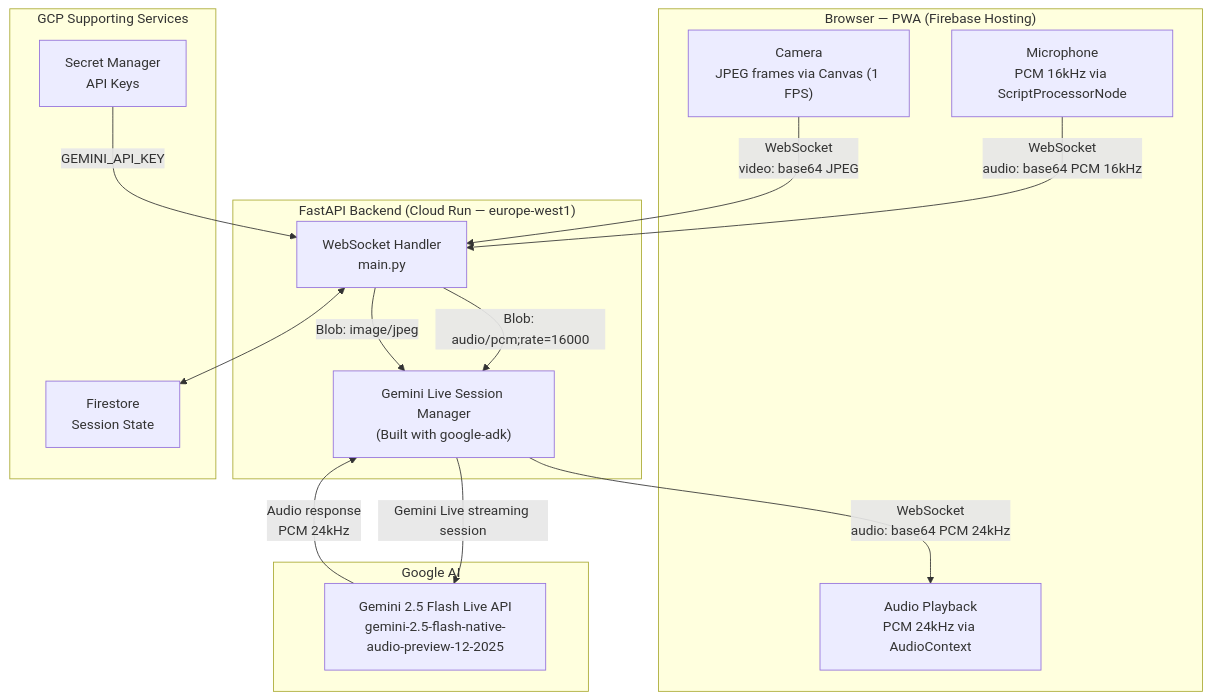
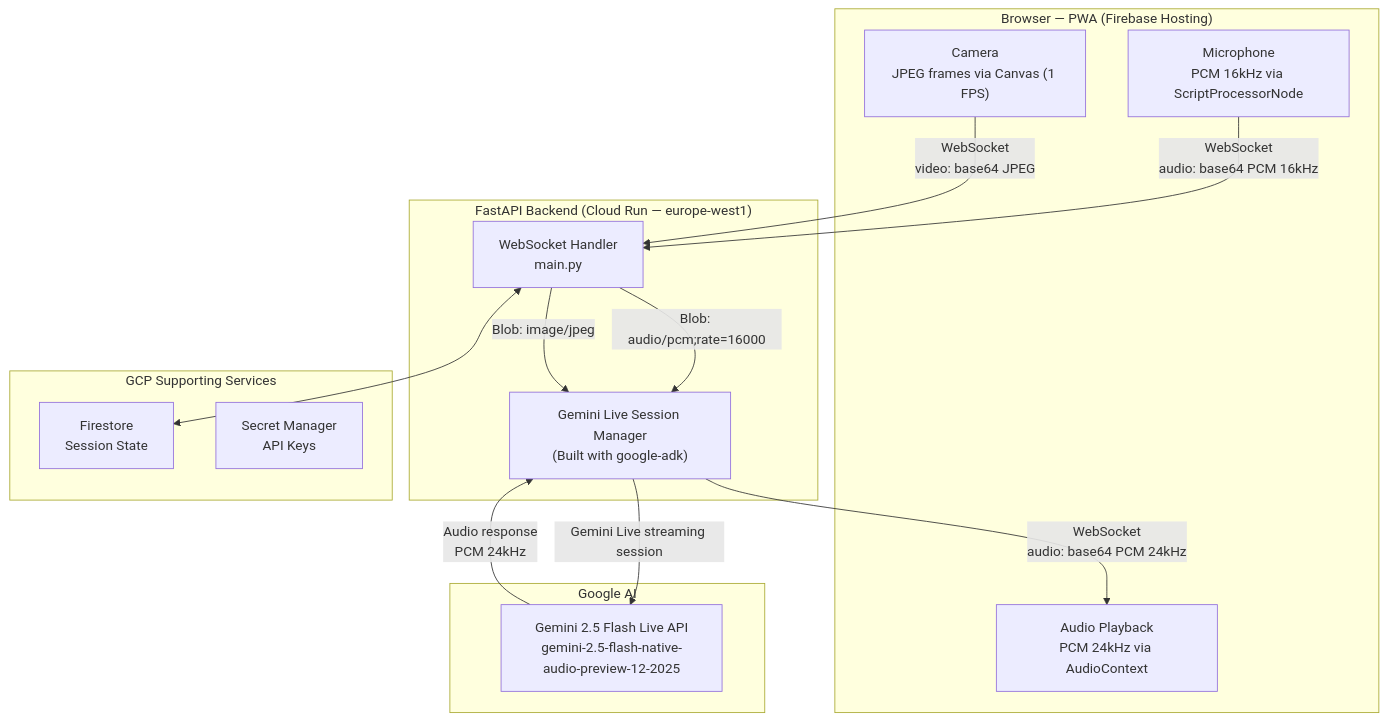
The diagram in README.md (luistatera/SeeMeTutor), drawn with Mermaid before and after one commit. The commit also changed other lines of this file and 11 other files, not shown here.

Commit message:
Fix the slowness. GPT fixed it. no other. feat: Migrate authentication from direct Gemini API key to Google Cloud Application Default Credentials for Vertex AI.

````diff
--- a/README.md
+++ b/README.md
@@ -52,32 +52,31 @@
 ```mermaid
 flowchart TD
     subgraph Browser["Browser — PWA (Firebase Hosting)"]
         MIC["Microphone\nPCM 16kHz via ScriptProcessorNode"]
         CAM["Camera\nJPEG frames via Canvas (1 FPS)"]
         PLAY["Audio Playback\nPCM 24kHz via AudioContext"]
     end
 
     subgraph Backend["FastAPI Backend (Cloud Run — europe-west1)"]
         WS["WebSocket Handler\nmain.py"]
         GL["Gemini Live Session Manager\n(Built with google-adk)"]
     end
 
     subgraph Google["Google AI"]
         GEMINI["Gemini 2.5 Flash Live API\ngemini-2.5-flash-native-audio-preview-12-2025"]
     end
 
     subgraph GCP["GCP Supporting Services"]
         FS["Firestore\nSession State"]
         SM["Secret Manager\nAPI Keys"]
     end
 
     MIC -- "WebSocket\naudio: base64 PCM 16kHz" --> WS
     CAM -- "WebSocket\nvideo: base64 JPEG" --> WS
     WS -- "Blob: audio/pcm;rate=16000" --> GL
     WS -- "Blob: image/jpeg" --> GL
     GL -- "Gemini Live streaming session" --> GEMINI
     GEMINI -- "Audio response\nPCM 24kHz" --> GL
     GL -- "WebSocket\naudio: base64 PCM 24kHz" --> PLAY
     WS <--> FS
-    SM -- "GEMINI_API_KEY" --> WS
 ```
````
